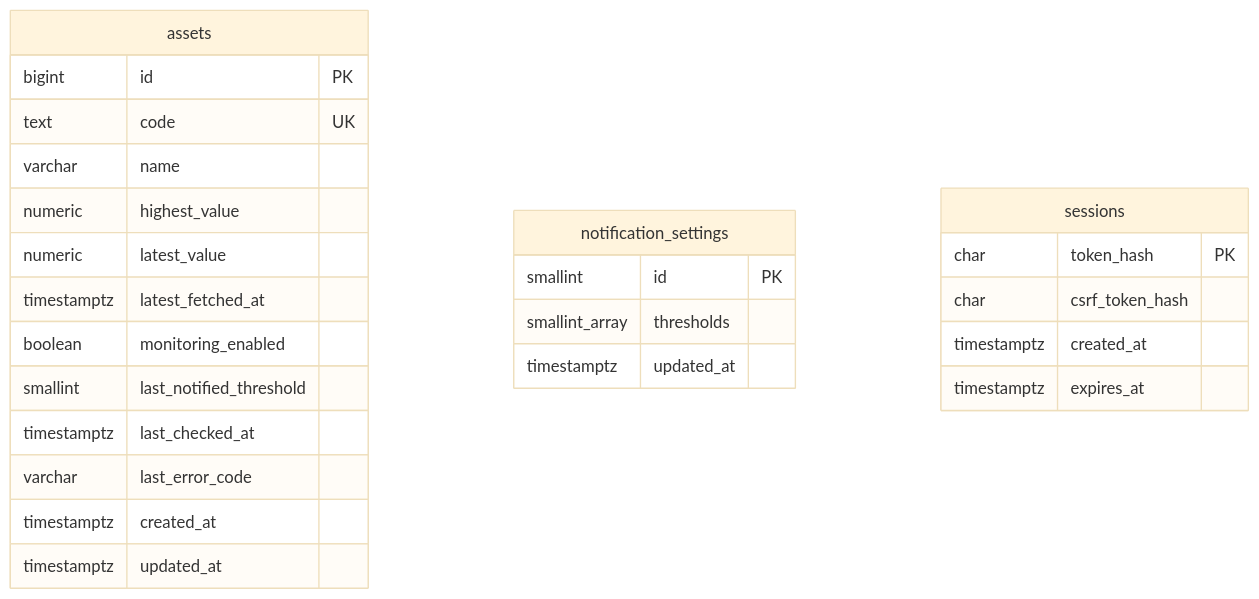
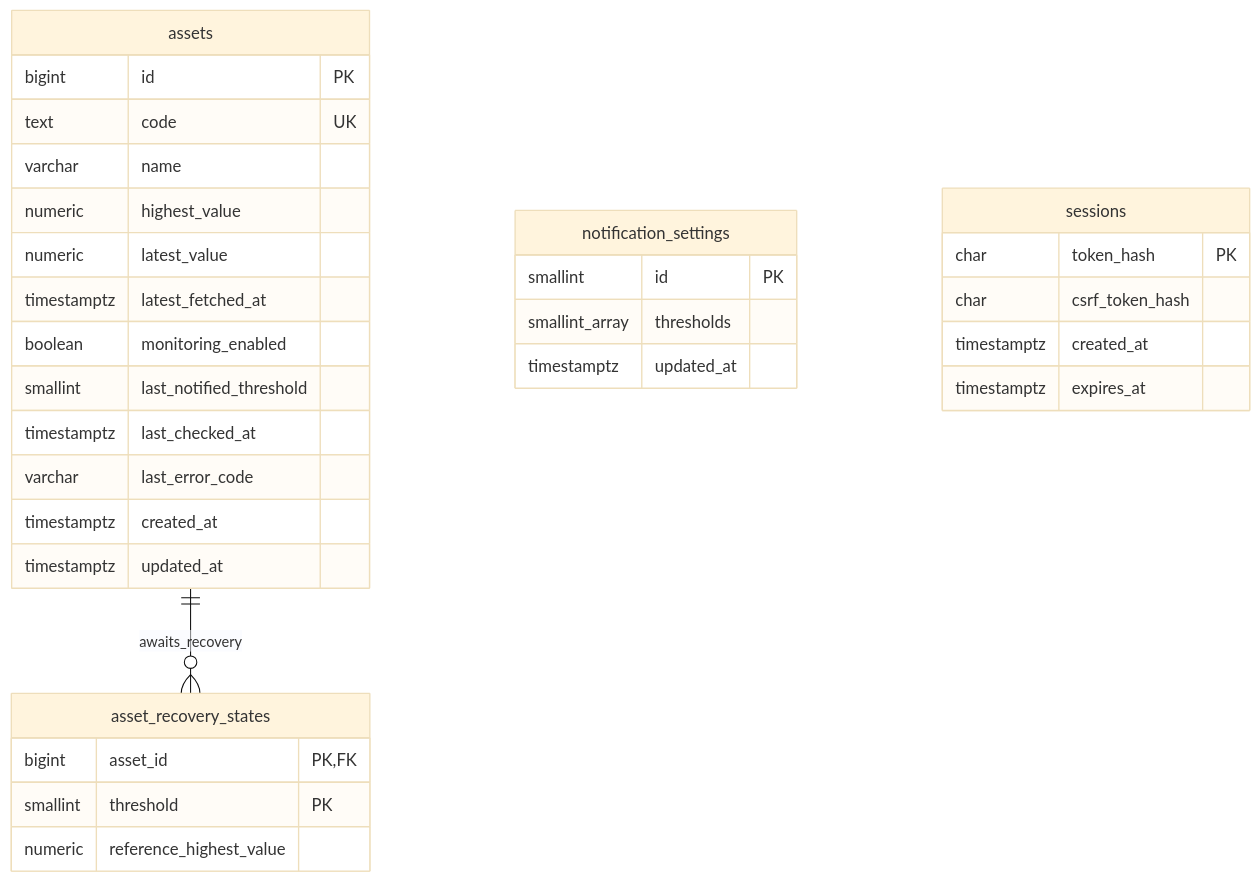
The diagram in design/database.md (hisho-123/stock_notification_docs), drawn with Mermaid (base theme) before and after one commit. The commit also changed other lines of this file and 21 other files, not shown here.

````diff
--- a/design/database.md
+++ b/design/database.md
@@ -5,28 +5,34 @@
 ```mermaid
 erDiagram
+    assets ||--o{ asset_recovery_states : awaits_recovery
     assets {
         bigint id PK
         text code UK
         varchar name
         numeric highest_value
         numeric latest_value
         timestamptz latest_fetched_at
         boolean monitoring_enabled
         smallint last_notified_threshold
         timestamptz last_checked_at
         varchar last_error_code
         timestamptz created_at
         timestamptz updated_at
     }
+    asset_recovery_states {
+        bigint asset_id PK, FK
+        smallint threshold PK
+        numeric reference_highest_value
+    }
     notification_settings {
         smallint id PK
         smallint_array thresholds
         timestamptz updated_at
     }
     sessions {
         char token_hash PK
         char csrf_token_hash
         timestamptz created_at
         timestamptz expires_at
     }
 ```
````
